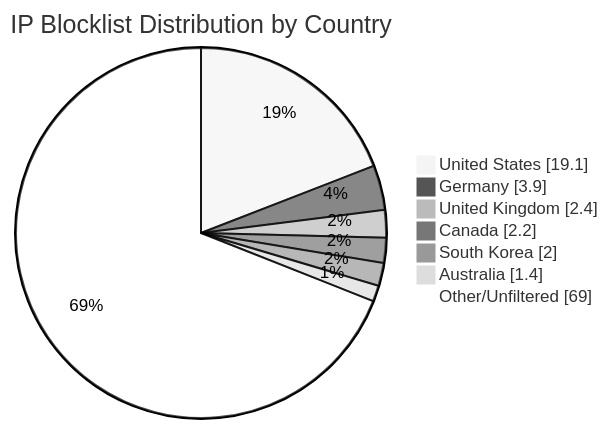
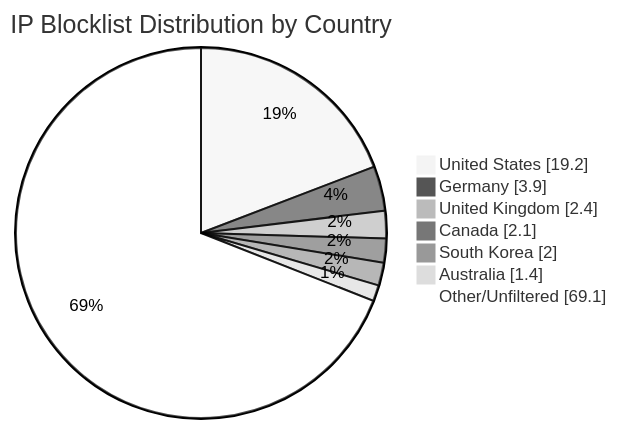
One commit to MarcusHoltz/ipblocklist-geofiltered-aggregator changed the diagram in README.md. Above: the diagram before and after it, drawn with Mermaid (neutral theme). The commit also changed other lines of this file and 9 other files, not shown here.

````diff
--- a/README.md
+++ b/README.md
@@ -34,10 +34,10 @@
 ```mermaid
 pie showData title IP Blocklist Distribution by Country
-"United States" : 19.1
+"United States" : 19.2
 "Germany" : 3.9
 "United Kingdom" : 2.4
-"Canada" : 2.2
+"Canada" : 2.1
 "South Korea" : 2.0
 "Australia" : 1.4
-"Other/Unfiltered" : 69.0
+"Other/Unfiltered" : 69.1
 ```
````
